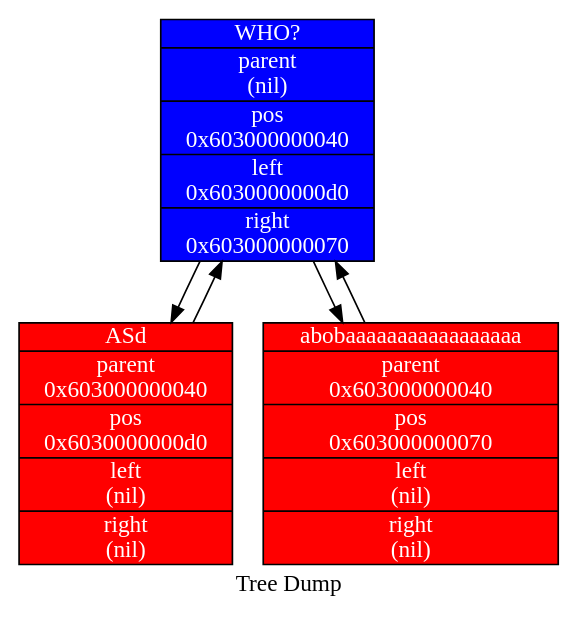
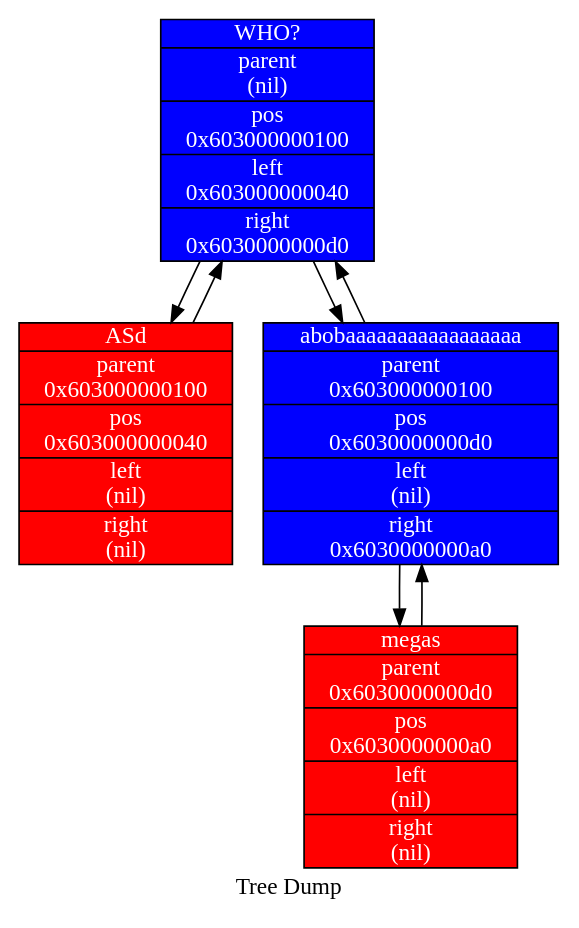
One commit to aidenfmunro/Akinator changed the diagram in treegraph.dot. Above: the diagram before and after it, drawn with Graphviz. The commit also changed 13 other files, not shown here.

```diff
--- a/treegraph.dot
+++ b/treegraph.dot
@@ -1,13 +1,16 @@
   digraph tree  {
   node [shape = "circle", style = "filled", fillcolor = "blue", fontcolor = "#FFFFFF", margin = "0.01"];
   rankdir = "TB";
 
   label = "Tree Dump";
-  "WHO?" [shape = "record", label = "{WHO? | parent\n(nil) | <f0> pos\n0x603000000040| left\n0x6030000000d0 | right\n0x603000000070\n}"];
+  "WHO?" [shape = "record", label = "{WHO? | parent\n(nil) | <f0> pos\n0x603000000100| left\n0x603000000040 | right\n0x6030000000d0\n}"];
   "WHO?"->"ASd";
   "ASd"->"WHO?";
-  "ASd" [shape = "record", fillcolor = "red", label = "{ASd | parent\n0x603000000040 | <f0> pos\n0x6030000000d0| left\n(nil) | right\n(nil)\n}"];
+  "ASd" [shape = "record", fillcolor = "red", label = "{ASd | parent\n0x603000000100 | <f0> pos\n0x603000000040| left\n(nil) | right\n(nil)\n}"];
   "WHO?"->"abobaaaaaaaaaaaaaaaaa";
   "abobaaaaaaaaaaaaaaaaa"->"WHO?";
-  "abobaaaaaaaaaaaaaaaaa" [shape = "record", fillcolor = "red", label = "{abobaaaaaaaaaaaaaaaaa | parent\n0x603000000040 | <f0> pos\n0x603000000070| left\n(nil) | right\n(nil)\n}"];
+  "abobaaaaaaaaaaaaaaaaa" [shape = "record", label = "{abobaaaaaaaaaaaaaaaaa | parent\n0x603000000100 | <f0> pos\n0x6030000000d0| left\n(nil) | right\n0x6030000000a0\n}"];
+  "abobaaaaaaaaaaaaaaaaa"->"megas";
+  "megas"->"abobaaaaaaaaaaaaaaaaa";
+  "megas" [shape = "record", fillcolor = "red", label = "{megas | parent\n0x6030000000d0 | <f0> pos\n0x6030000000a0| left\n(nil) | right\n(nil)\n}"];
   }
```
